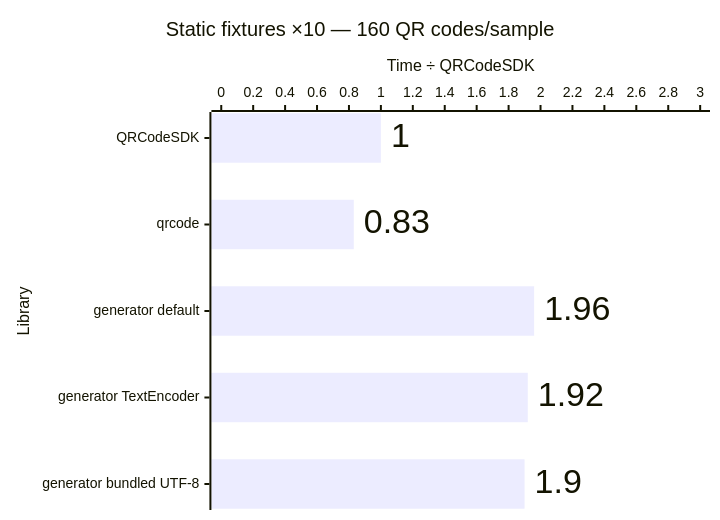
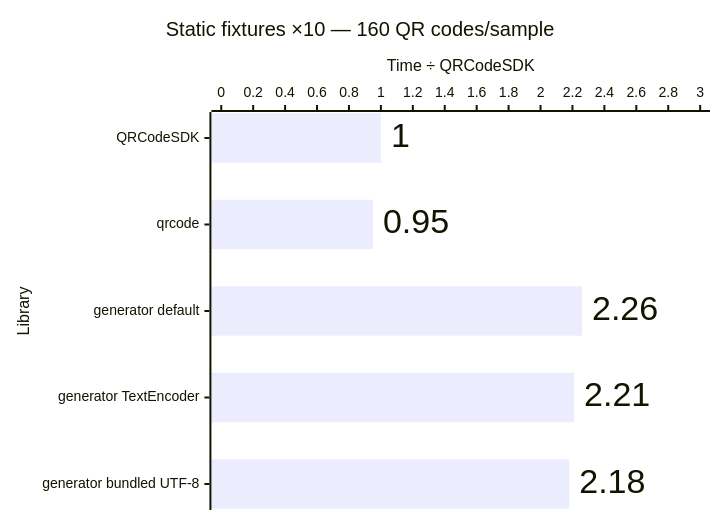
One commit to Dafnik/qrcodesdk changed the ninth of 12 diagrams in apps/docs/src/content/docs/advanced/performance.md. Above: the diagram before and after it, drawn with Mermaid. The commit also changed other lines of this file and 12 other files, not shown here.

````diff
--- a/apps/docs/src/content/docs/advanced/performance.md
+++ b/apps/docs/src/content/docs/advanced/performance.md
@@ -193,15 +193,15 @@
 ```mermaid
 ---
 config:
   xyChart:
     showDataLabel: true
     showDataLabelOutsideBar: true
 ---
 xychart horizontal
   accTitle: SVG generation: Static fixtures ×10 — 160 QR codes/sample
-  accDescr: Relative median time compared with QRCodeSDK. QRCodeSDK 1.00 times, qrcode 0.83 times, generator default 1.96 times, generator TextEncoder 1.92 times, generator bundled UTF-8 1.90 times. Lower is better.
+  accDescr: Relative median time compared with QRCodeSDK. QRCodeSDK 1.00 times, qrcode 0.95 times, generator default 2.26 times, generator TextEncoder 2.21 times, generator bundled UTF-8 2.18 times. Lower is better.
   title "Static fixtures ×10 — 160 QR codes/sample"
   x-axis "Library" ["QRCodeSDK", "qrcode", "generator default", "generator TextEncoder", "generator bundled UTF-8"]
   y-axis "Time ÷ QRCodeSDK" 0 --> 3.0
-  bar [1.00, 0.83, 1.96, 1.92, 1.90]
+  bar [1.00, 0.95, 2.26, 2.21, 2.18]
 ```
````
